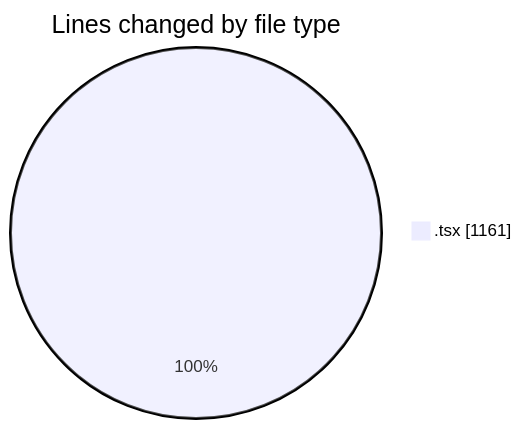
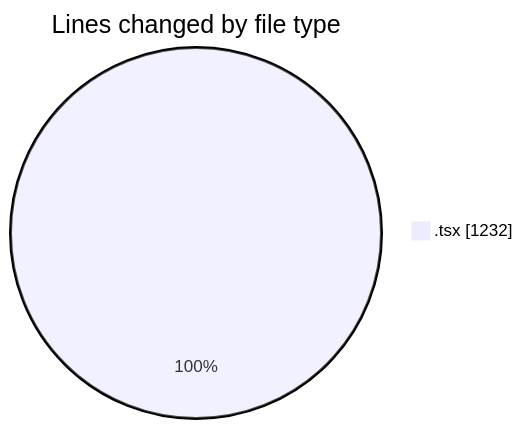
One commit to nxtqubesakshisongat/code-tracking changed the first of 2 diagrams in 2026-02-03/nxtqube_webapp/README.md. Above: the diagram before and after it, drawn with Mermaid. The commit also changed other lines of this file and 1 other file, not shown here.

````diff
--- a/2026-02-03/nxtqube_webapp/README.md
+++ b/2026-02-03/nxtqube_webapp/README.md
@@ -20,5 +20,5 @@
 ```mermaid
 pie showData
 title Lines changed by file type
-".tsx" : 1161
+".tsx" : 1232
 ```
````
